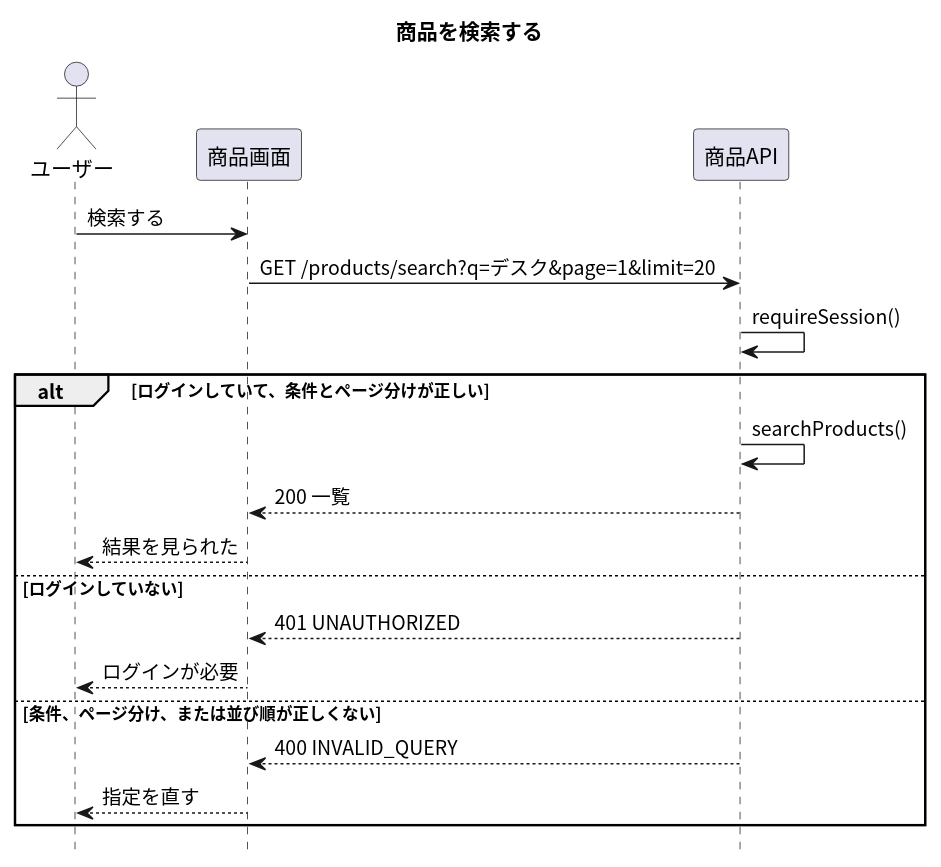
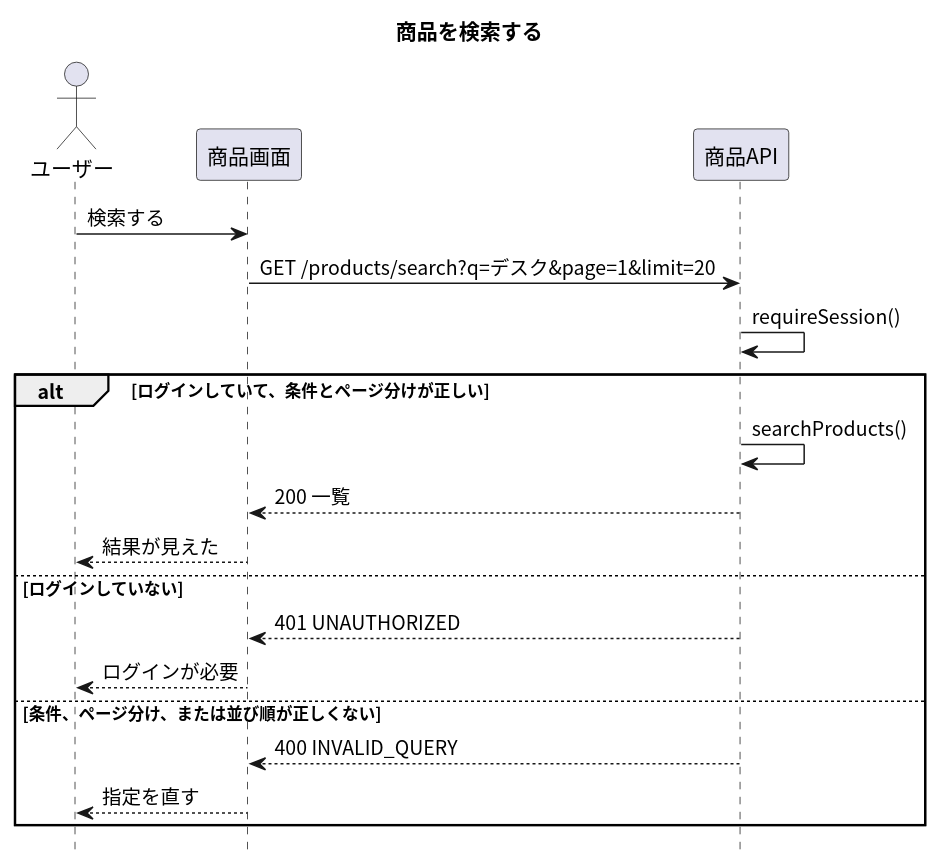
The diagram in apis/search-products/入口.puml (masamasamasato/design-doc-template), drawn with PlantUML before and after one commit. The commit also changed 45 other files, not shown here.

```diff
--- a/apis/search-products/入口.puml
+++ b/apis/search-products/入口.puml
@@ -1,27 +1,27 @@
 @startuml
 skinparam shadowing false
 skinparam defaultFontName "Noto Sans CJK JP"
 skinparam SequenceFontName "Noto Sans CJK JP"
 hide footbox
 
 title 商品を検索する
 
 actor "ユーザー" as User
 participant "商品画面" as Screen
 participant "商品API" as API
 
 User -> Screen : 検索する
 Screen -> API : GET /products/search?q=デスク&page=1&limit=20
 API -> API : requireSession()
 alt ログインしていて、条件とページ分けが正しい
   API -> API : searchProducts()
   API --> Screen : 200 一覧
-  Screen --> User : 結果を見られた
+  Screen --> User : 結果が見えた
 else ログインしていない
   API --> Screen : 401 UNAUTHORIZED
   Screen --> User : ログインが必要
 else 条件、ページ分け、または並び順が正しくない
   API --> Screen : 400 INVALID_QUERY
   Screen --> User : 指定を直す
 end
 @enduml
```
